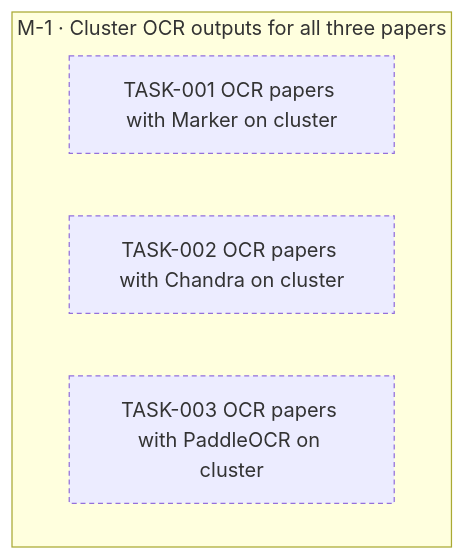
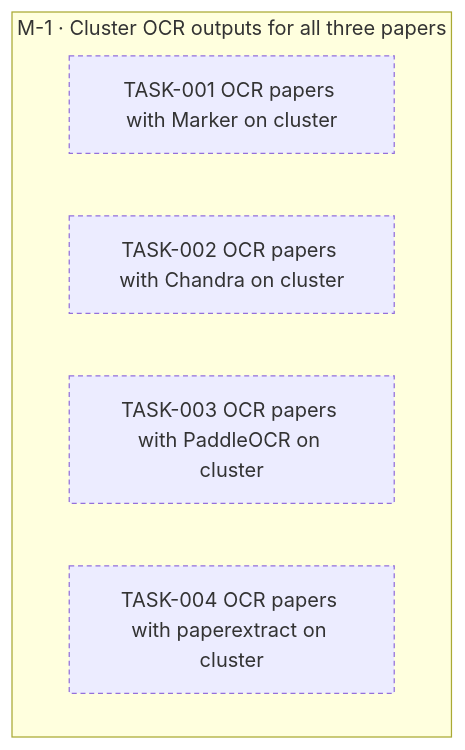
The diagram in goals/ocr-cluster/README.md (jesusvillota/replicate), drawn with Mermaid before and after one commit. The commit also changed 1 other file, not shown here.

Commit message:
goal(ocr-cluster): add TASK-004 OCR papers with paperextract on cluster

````diff
--- a/goals/ocr-cluster/README.md
+++ b/goals/ocr-cluster/README.md
@@ -19,14 +19,16 @@
 ```mermaid
 flowchart TD
   subgraph M_1["M-1 · Cluster OCR outputs for all three papers"]
     TASK_001["TASK-001 OCR papers with Marker on cluster"]
     TASK_002["TASK-002 OCR papers with Chandra on cluster"]
     TASK_003["TASK-003 OCR papers with PaddleOCR on cluster"]
+    TASK_004["TASK-004 OCR papers with paperextract on cluster"]
   end
   classDef draft stroke-dasharray: 4 3
   classDef cancelled opacity:0.45
   classDef decision fill:#f3e8ff,stroke:#7c3aed
   class TASK_001 draft
   class TASK_002 draft
   class TASK_003 draft
+  class TASK_004 draft
 ```
````
